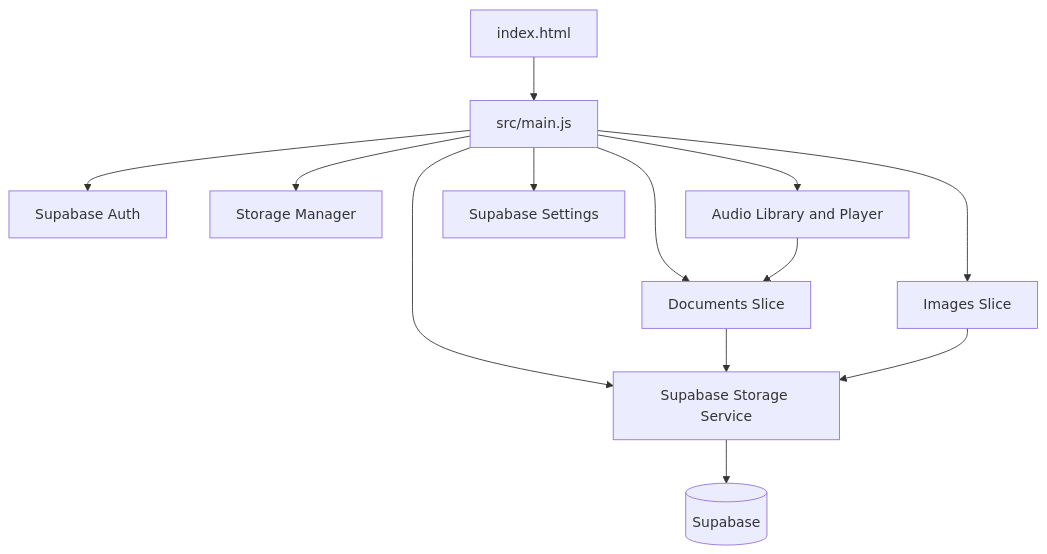
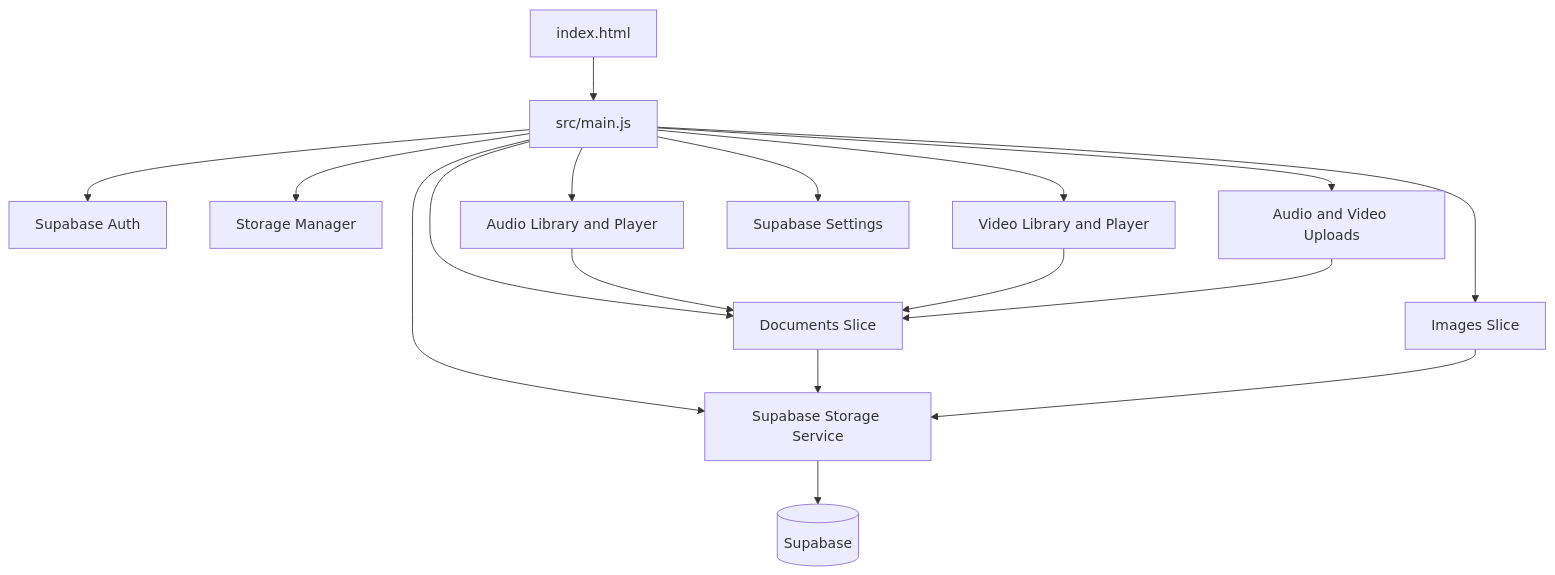
The diagram in README.md (invisibleacropolis-ops/InvisibleSupport), drawn with Mermaid before and after one commit. The commit also changed other lines of this file and 16 other files, not shown here.

````diff
--- a/README.md
+++ b/README.md
@@ -13,15 +13,19 @@
 ```mermaid
 graph TD
     Index[index.html] --> Main[src/main.js]
     Main --> Auth[Supabase Auth]
     Main --> Storage[Supabase Storage Service]
     Main --> StorageManager[Storage Manager]
     Main --> Documents[Documents Slice]
     Main --> Images[Images Slice]
     Main --> Audio[Audio Library and Player]
+    Main --> Video[Video Library and Player]
+    Main --> MediaUpload[Audio and Video Uploads]
     Main --> Settings[Supabase Settings]
     Documents --> Storage
     Images --> Storage
     Audio --> Documents
+    Video --> Documents
+    MediaUpload --> Documents
     Storage --> Supabase[(Supabase)]
 ```
````
